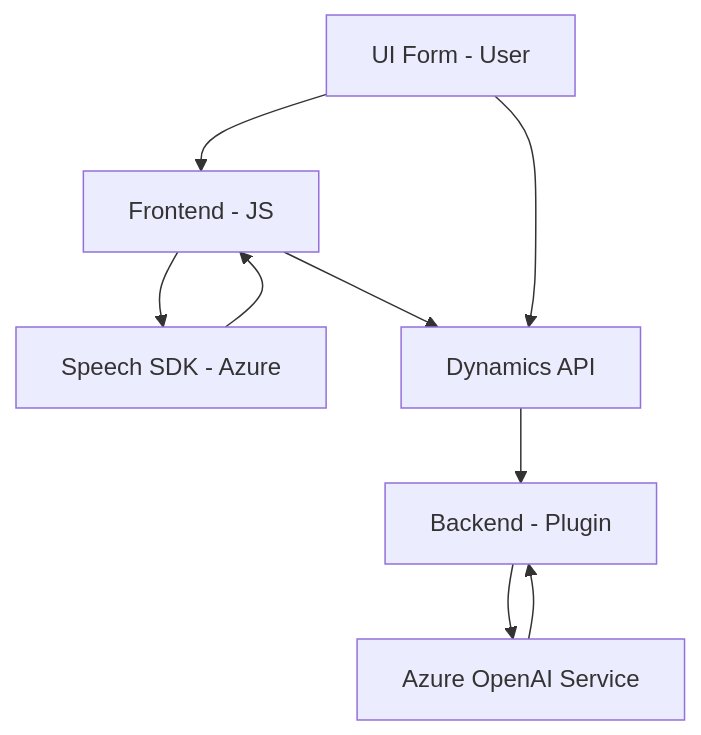
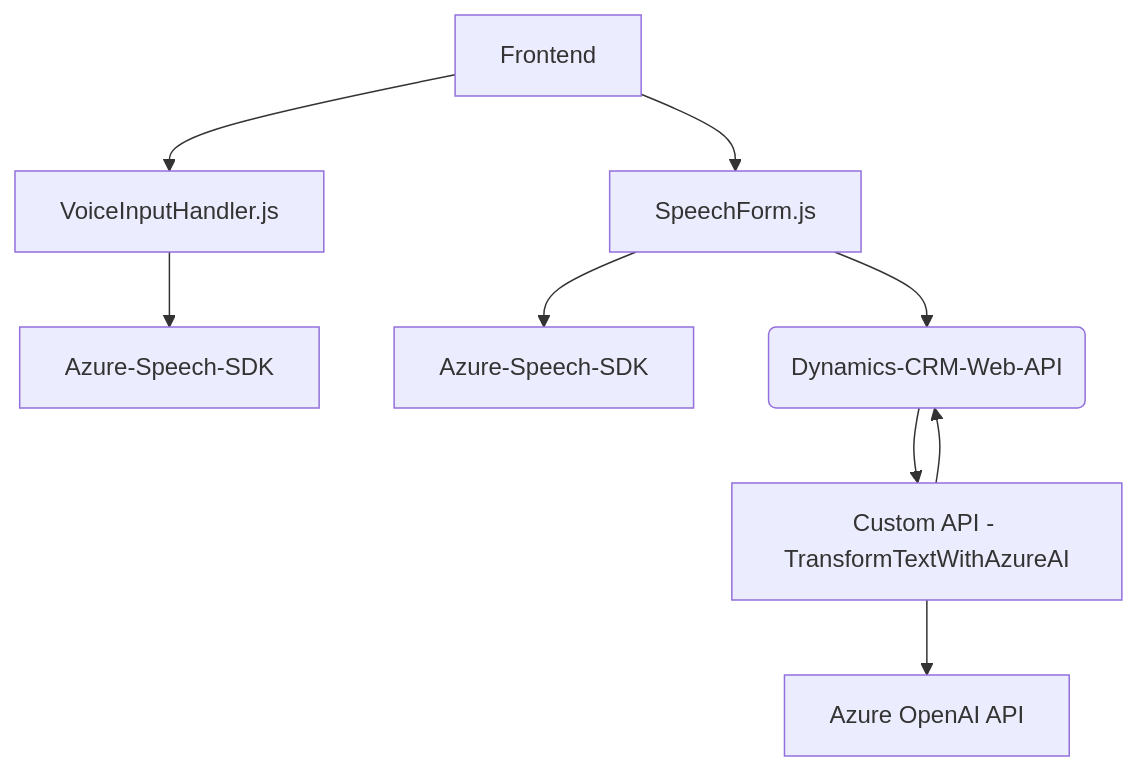
One commit to blopezdm/NETCORE_BILBAO2025 changed the diagram in README.md. Above: the diagram before and after it, drawn with Mermaid. The commit also changed other lines of this file, not shown here.

````diff
--- a/README.md
+++ b/README.md
@@ -48,18 +37,11 @@
 ```mermaid
 graph TD
-    A["Frontend - JS"]
-    B["Speech SDK - Azure"]
-    C["Dynamics API"]
-    D["Azure OpenAI Service"]
-    E["Backend - Plugin"]
-    F["UI Form - User"]
-    
-    F --> A
-    A --> B
-    A --> C
-    F --> C
-    C --> E
-    E --> D
-    B --> A
-    D --> E
+    A[Frontend] --> B[VoiceInputHandler.js]
+    A --> C[SpeechForm.js]
+    B --> D[Azure-Speech-SDK]
+    C --> E[Azure-Speech-SDK]
+    C --> F(Dynamics-CRM-Web-API)
+    F --> G["Custom API - TransformTextWithAzureAI"]
+    G --> H["Azure OpenAI API"]
+    G --> F
 ```
````
